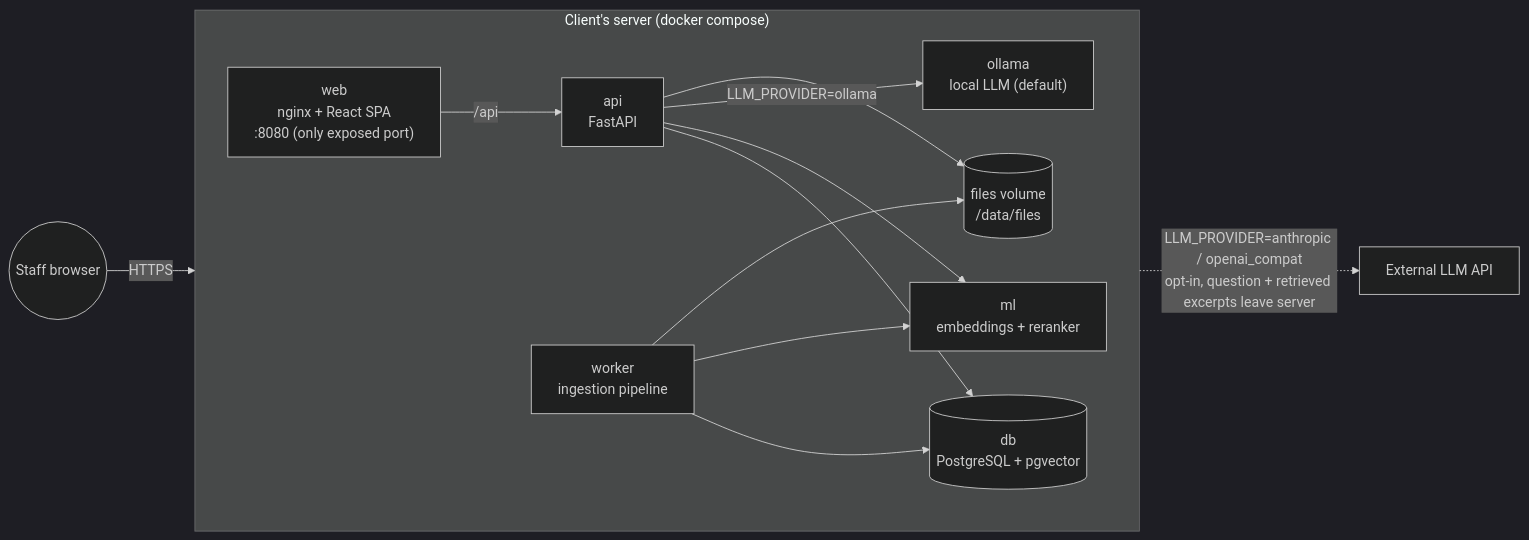
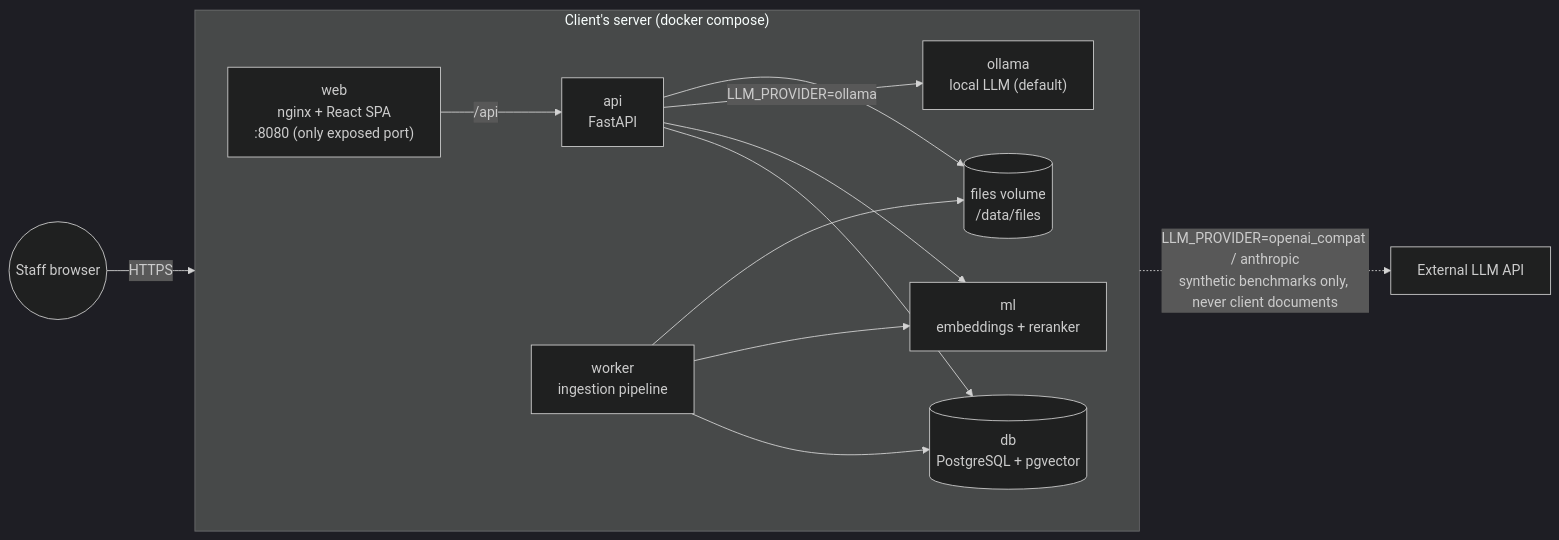
Before and after one commit to ImamWD/Sanad-Arabic-Document-Assistant: the first of 2 diagrams in docs/SYSTEM_DESIGN.md, drawn with Mermaid (dark theme). The commit also changed other lines of this file and 5 other files, not shown here.

First line of the commit message:
docs: fold in client review, timeline, GPU and free-API research

````diff
--- a/docs/SYSTEM_DESIGN.md
+++ b/docs/SYSTEM_DESIGN.md
@@ -24,23 +24,23 @@
 ```mermaid
 flowchart LR
   subgraph host["Client's server (docker compose)"]
     direction LR
     web["web<br/>nginx + React SPA<br/>:8080 (only exposed port)"]
     api["api<br/>FastAPI"]
     worker["worker<br/>ingestion pipeline"]
     ml["ml<br/>embeddings + reranker"]
     db[("db<br/>PostgreSQL + pgvector")]
     llm["ollama<br/>local LLM (default)"]
     files[("files volume<br/>/data/files")]
   end
   user(("Staff browser")) -->|HTTPS| web
   web -->|/api| api
   api --> db
   api --> ml
   api -->|LLM_PROVIDER=ollama| llm
-  api -. "LLM_PROVIDER=anthropic / openai_compat<br/>opt-in, question + retrieved excerpts leave server" .-> ext["External LLM API"]
+  api -. "LLM_PROVIDER=openai_compat / anthropic<br/>synthetic benchmarks only, never client documents" .-> ext["External LLM API"]
   worker --> db
   worker --> ml
   worker --> files
   api --> files
 ```
````
